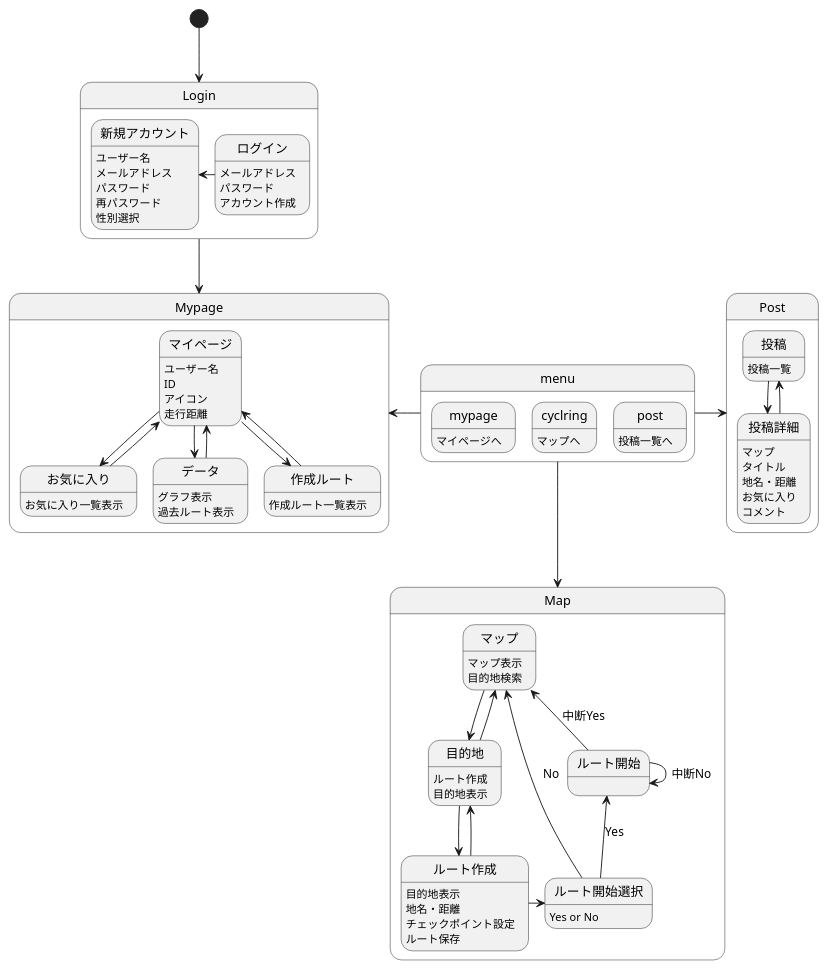
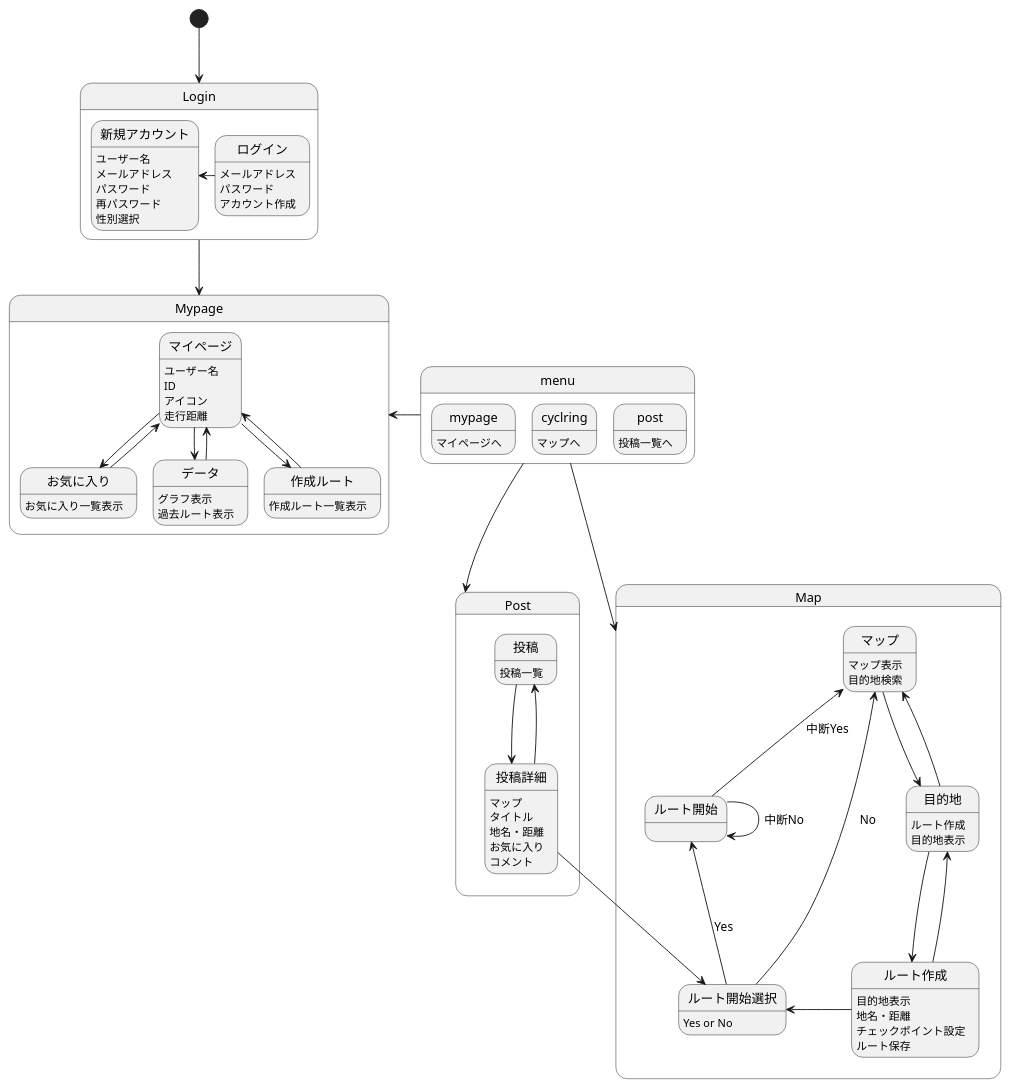
Before and after one commit to AsoSD3A3/CyclingSystem: the diagram in 画面遷移図/gm.md, drawn with PlantUML.

```diff
--- a/画面遷移図/gm.md
+++ b/画面遷移図/gm.md
@@ -78,6 +78,7 @@
 投稿詳細:地名・距離
 投稿詳細:お気に入り
 投稿詳細:コメント
+投稿詳細-->ルート開始選択
 
 }
 
```
